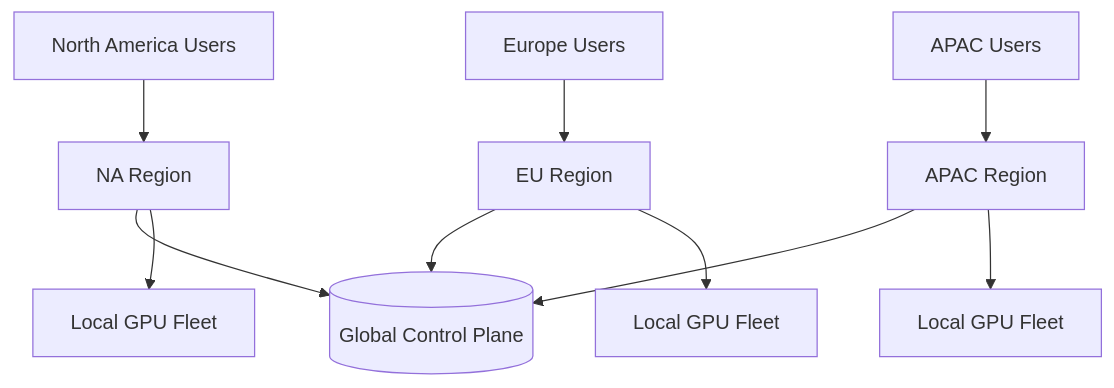
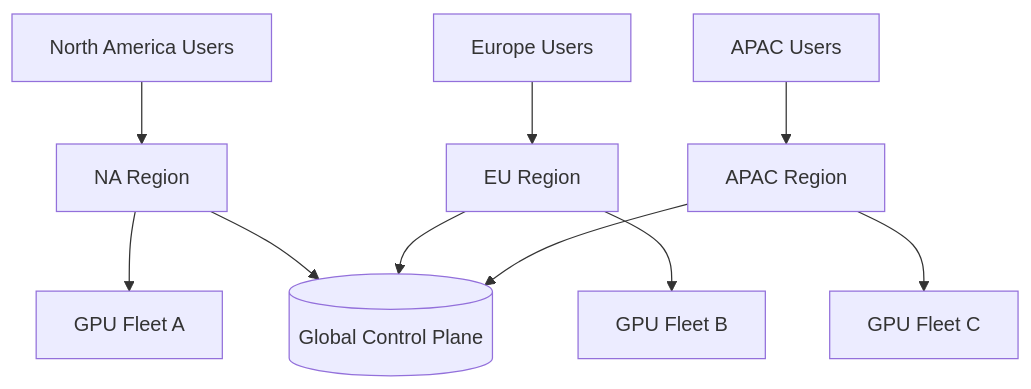
Before and after one commit to gojosatoru123-ux/CacheU: the eighth of 11 diagrams in src/content/design-a-realtime-ai-chat-system.md, drawn with Mermaid. The commit also changed other lines of this file and 17 other files, not shown here.

````diff
--- a/src/content/design-a-realtime-ai-chat-system.md
+++ b/src/content/design-a-realtime-ai-chat-system.md
@@ -1066,14 +849,14 @@
 ```mermaid
 flowchart TB
     UsersNA[North America Users] --> NA[NA Region]
     UsersEU[Europe Users] --> EU[EU Region]
     UsersAPAC[APAC Users] --> APAC[APAC Region]
 
-    NA --> GlobalControl[(Global Control Plane)]
-    EU --> GlobalControl
-    APAC --> GlobalControl
+    NA --> GPUA[GPU Fleet A]
+    EU --> GPUB[GPU Fleet B]
+    APAC --> GPUC[GPU Fleet C]
 
-    NA --> GPUna[Local GPU Fleet]
-    EU --> GPUeu[Local GPU Fleet]
-    APAC --> GPUap[Local GPU Fleet]
+    NA --> Control[(Global Control Plane)]
+    EU --> Control
+    APAC --> Control
 ```
````
